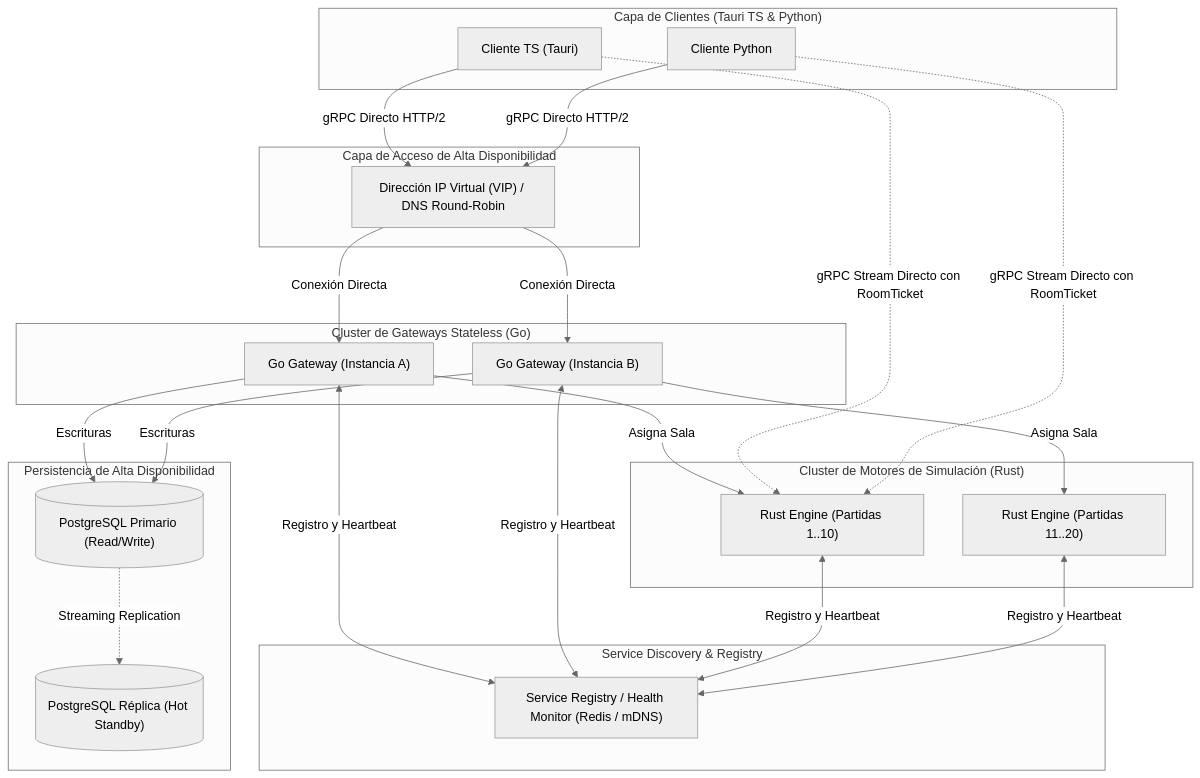
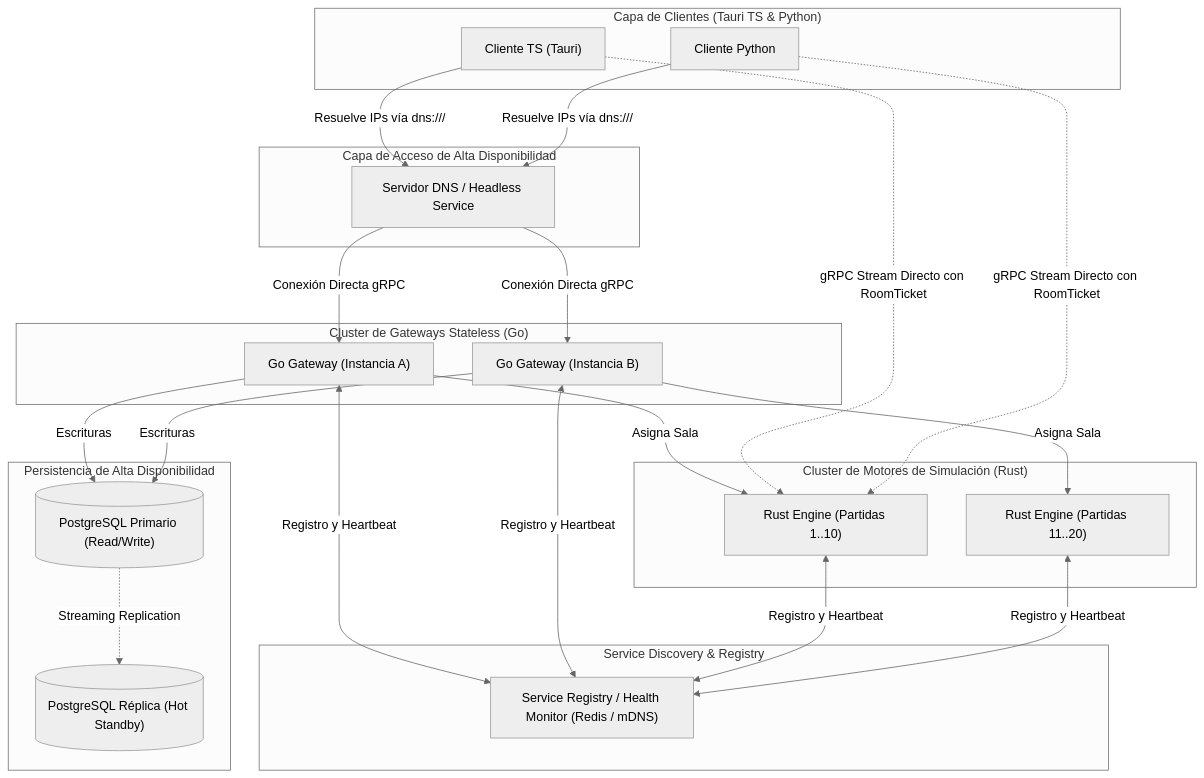
The first of 3 diagrams in docs/ARQUITECTURA_Y_PLANIFICACION.md (emiliofalconi/ecostream-3r), drawn with Mermaid (neutral theme) before and after one commit. The commit also changed other lines of this file and 1 other file, not shown here.

Commit message:
docs: apply architectural mitigations from expert analysis

````diff
--- a/docs/ARQUITECTURA_Y_PLANIFICACION.md
+++ b/docs/ARQUITECTURA_Y_PLANIFICACION.md
@@ -34,50 +33,50 @@
 ```mermaid
 flowchart TD
     subgraph Clients["Capa de Clientes (Tauri TS & Python)"]
         C1["Cliente TS (Tauri)"]
         C2["Cliente Python"]
     end
 
     subgraph EdgeLayer["Capa de Acceso de Alta Disponibilidad"]
-        VIP["Dirección IP Virtual (VIP) / DNS Round-Robin"]
+        DNS["Servidor DNS / Headless Service"]
     end
 
     subgraph GatewayCluster["Cluster de Gateways Stateless (Go)"]
         GW1["Go Gateway (Instancia A)"]
         GW2["Go Gateway (Instancia B)"]
     end
 
     subgraph ServiceMesh["Service Discovery & Registry"]
         Consul["Service Registry / Health Monitor (Redis / mDNS)"]
     end
 
     subgraph EngineCluster["Cluster de Motores de Simulación (Rust)"]
         RE1["Rust Engine (Partidas 1..10)"]
         RE2["Rust Engine (Partidas 11..20)"]
     end
 
     subgraph DBCluster["Persistencia de Alta Disponibilidad"]
         PGPrimary[("PostgreSQL Primario (Read/Write)")]
         PGStandby[("PostgreSQL Réplica (Hot Standby)")]
     end
 
-    C1 -->|gRPC Directo HTTP/2| VIP
-    C2 -->|gRPC Directo HTTP/2| VIP
-    VIP -->|Conexión Directa| GW1
-    VIP -->|Conexión Directa| GW2
+    C1 -->|Resuelve IPs vía dns:///| DNS
+    C2 -->|Resuelve IPs vía dns:///| DNS
+    DNS -->|Conexión Directa gRPC| GW1
+    DNS -->|Conexión Directa gRPC| GW2
 
     GW1 <-->|Registro y Heartbeat| Consul
     GW2 <-->|Registro y Heartbeat| Consul
     RE1 <-->|Registro y Heartbeat| Consul
     RE2 <-->|Registro y Heartbeat| Consul
 
     GW1 -->|Asigna Sala| RE1
     GW2 -->|Asigna Sala| RE2
 
     C1 -.->|gRPC Stream Directo con RoomTicket| RE1
     C2 -.->|gRPC Stream Directo con RoomTicket| RE1
 
     GW1 -->|Escrituras| PGPrimary
     GW2 -->|Escrituras| PGPrimary
     PGPrimary -.->|Streaming Replication| PGStandby
 ```
````
